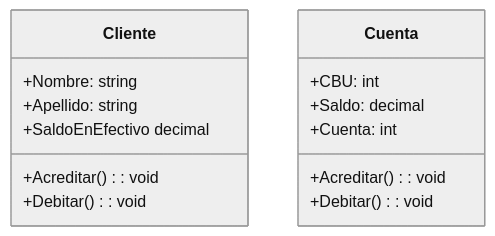
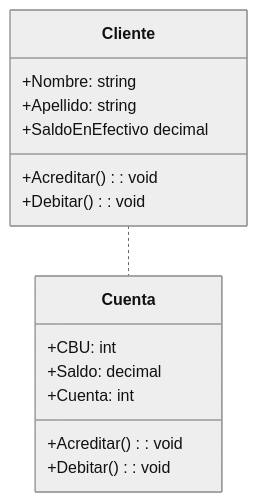
Before and after one commit to David3578/Banco_01: the diagram in README.md, drawn with Mermaid (neutral theme).

````diff
--- a/README.md
+++ b/README.md
@@ -2,17 +2,18 @@
 ```mermaid
 classDiagram
     class Cliente {
         +Nombre: string
         +Apellido: string
         +SaldoEnEfectivo decimal
         +Acreditar(): void
         +Debitar(): void
     }
     class Cuenta{
         +CBU: int
         +Saldo: decimal
         +Cuenta: int 
         +Acreditar(): void
         +Debitar(): void
     }
+Cliente..Cuenta
 ```
````
